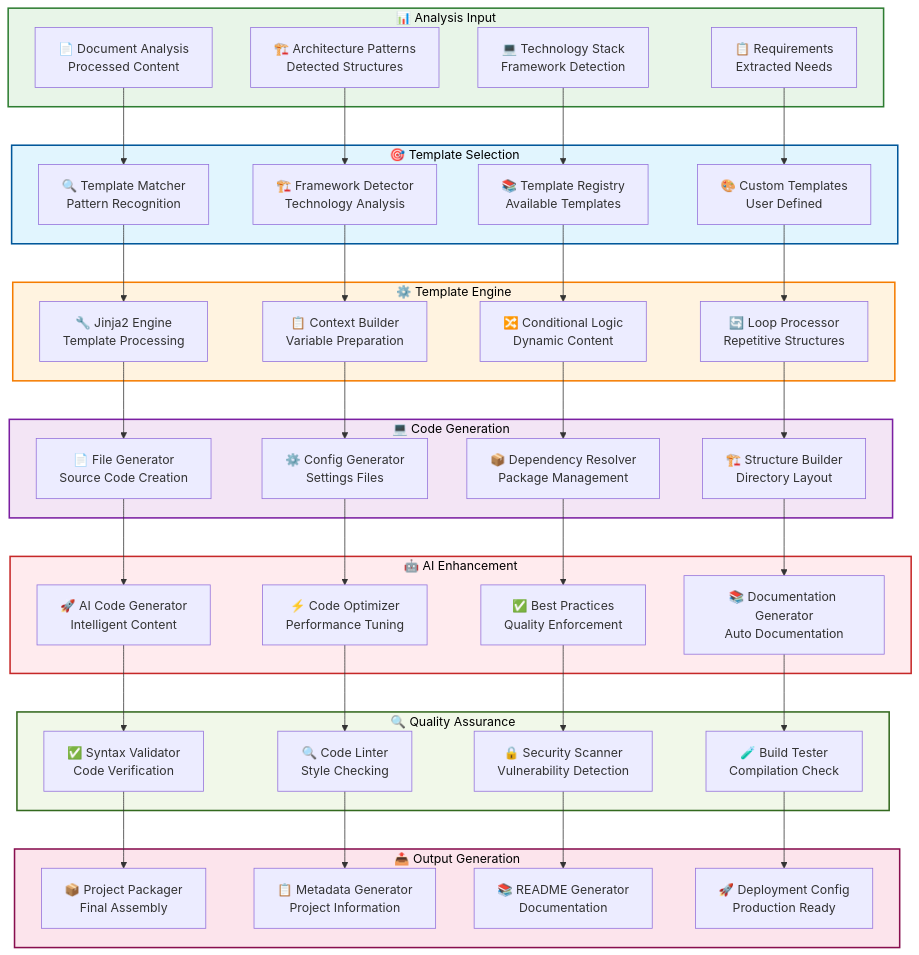
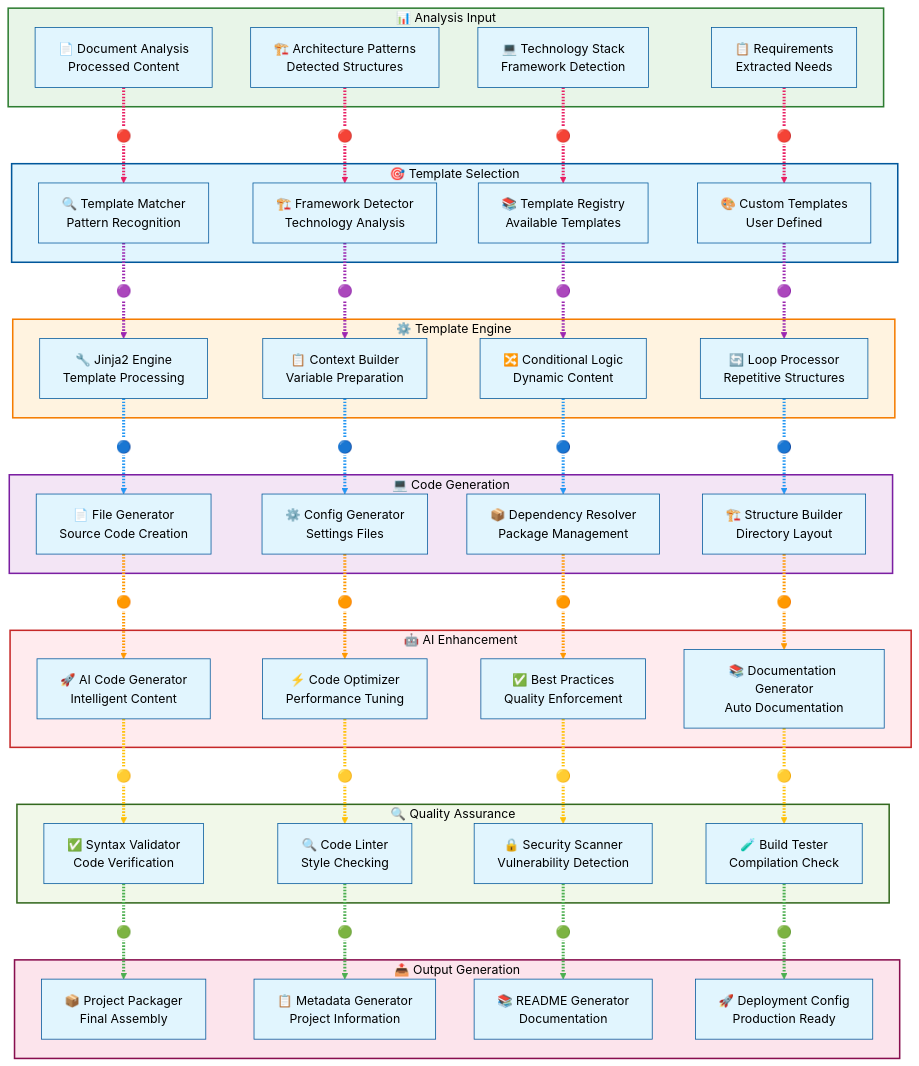
Before and after one commit to usemanusai/JAEGIS-AI-Web-OS: the fourth of 9 diagrams in docs/architecture/component-diagrams.md, drawn with Mermaid. The commit also changed other lines of this file, not shown here.

First line of the commit message:
fix: Make ALL Mermaid diagram arrows highly visible in component diagrams

````diff
--- a/docs/architecture/component-diagrams.md
+++ b/docs/architecture/component-diagrams.md
@@ -274,4 +344,5 @@
 ```mermaid
+%%{init: {'theme':'base', 'themeVariables': {'primaryColor':'#e1f5fe', 'primaryTextColor':'#000', 'primaryBorderColor':'#01579b', 'lineColor':'#ff0066', 'arrowheadColor':'#ff0066', 'edgeLabelBackground':'#ffffff', 'tertiaryColor':'#fff'}}}%%
 graph TB
     subgraph AnalysisInput["📊 Analysis Input"]
         DOC_ANALYSIS["📄 Document Analysis<br/>Processed Content"]
@@ -322,35 +393,35 @@
         DEPLOYMENT_CONFIG["🚀 Deployment Config<br/>Production Ready"]
     end
     
-    DOC_ANALYSIS --> TEMPLATE_MATCHER
-    ARCH_PATTERNS --> FRAMEWORK_DETECTOR
-    TECH_STACK --> TEMPLATE_REGISTRY
-    REQUIREMENTS --> CUSTOM_TEMPLATES
+    DOC_ANALYSIS -.->|"🔴"| TEMPLATE_MATCHER
+    ARCH_PATTERNS -.->|"🔴"| FRAMEWORK_DETECTOR
+    TECH_STACK -.->|"🔴"| TEMPLATE_REGISTRY
+    REQUIREMENTS -.->|"🔴"| CUSTOM_TEMPLATES
     
-    TEMPLATE_MATCHER --> JINJA_ENGINE
-    FRAMEWORK_DETECTOR --> CONTEXT_BUILDER
-    TEMPLATE_REGISTRY --> CONDITIONAL_LOGIC
-    CUSTOM_TEMPLATES --> LOOP_PROCESSOR
+    TEMPLATE_MATCHER -.->|"🟣"| JINJA_ENGINE
+    FRAMEWORK_DETECTOR -.->|"🟣"| CONTEXT_BUILDER
+    TEMPLATE_REGISTRY -.->|"🟣"| CONDITIONAL_LOGIC
+    CUSTOM_TEMPLATES -.->|"🟣"| LOOP_PROCESSOR
     
-    JINJA_ENGINE --> FILE_GENERATOR
-    CONTEXT_BUILDER --> CONFIG_GENERATOR
-    CONDITIONAL_LOGIC --> DEPENDENCY_RESOLVER
-    LOOP_PROCESSOR --> STRUCTURE_BUILDER
+    JINJA_ENGINE -.->|"🔵"| FILE_GENERATOR
+    CONTEXT_BUILDER -.->|"🔵"| CONFIG_GENERATOR
+    CONDITIONAL_LOGIC -.->|"🔵"| DEPENDENCY_RESOLVER
+    LOOP_PROCESSOR -.->|"🔵"| STRUCTURE_BUILDER
     
-    FILE_GENERATOR --> AI_CODE_GEN
-    CONFIG_GENERATOR --> CODE_OPTIMIZER
-    DEPENDENCY_RESOLVER --> BEST_PRACTICES
-    STRUCTURE_BUILDER --> DOCUMENTATION_GEN
+    FILE_GENERATOR -.->|"🟠"| AI_CODE_GEN
+    CONFIG_GENERATOR -.->|"🟠"| CODE_OPTIMIZER
+    DEPENDENCY_RESOLVER -.->|"🟠"| BEST_PRACTICES
+    STRUCTURE_BUILDER -.->|"🟠"| DOCUMENTATION_GEN
     
-    AI_CODE_GEN --> SYNTAX_VALIDATOR
-    CODE_OPTIMIZER --> LINTER
-    BEST_PRACTICES --> SECURITY_SCANNER
-    DOCUMENTATION_GEN --> BUILD_TESTER
+    AI_CODE_GEN -.->|"🟡"| SYNTAX_VALIDATOR
+    CODE_OPTIMIZER -.->|"🟡"| LINTER
+    BEST_PRACTICES -.->|"🟡"| SECURITY_SCANNER
+    DOCUMENTATION_GEN -.->|"🟡"| BUILD_TESTER
     
-    SYNTAX_VALIDATOR --> PROJECT_PACKAGER
-    LINTER --> METADATA_GENERATOR
-    SECURITY_SCANNER --> README_GENERATOR
-    BUILD_TESTER --> DEPLOYMENT_CONFIG
+    SYNTAX_VALIDATOR -.->|"🟢"| PROJECT_PACKAGER
+    LINTER -.->|"🟢"| METADATA_GENERATOR
+    SECURITY_SCANNER -.->|"🟢"| README_GENERATOR
+    BUILD_TESTER -.->|"🟢"| DEPLOYMENT_CONFIG
     
     classDef analysisStyle fill:#e8f5e8,stroke:#2e7d32,stroke-width:2px,color:#000
     classDef selectionStyle fill:#e1f5fe,stroke:#01579b,stroke-width:2px,color:#000
@@ -367,4 +438,29 @@
     class AIEnhancement aiStyle
     class QualityAssurance qaStyle
     class OutputGeneration outputStyle
+    
+    linkStyle 0 stroke:#e91e63,stroke-width:4px
+    linkStyle 1 stroke:#e91e63,stroke-width:4px
+    linkStyle 2 stroke:#e91e63,stroke-width:4px
+    linkStyle 3 stroke:#e91e63,stroke-width:4px
+    linkStyle 4 stroke:#9c27b0,stroke-width:4px
+    linkStyle 5 stroke:#9c27b0,stroke-width:4px
+    linkStyle 6 stroke:#9c27b0,stroke-width:4px
+    linkStyle 7 stroke:#9c27b0,stroke-width:4px
+    linkStyle 8 stroke:#2196f3,stroke-width:4px
+    linkStyle 9 stroke:#2196f3,stroke-width:4px
+    linkStyle 10 stroke:#2196f3,stroke-width:4px
+    linkStyle 11 stroke:#2196f3,stroke-width:4px
+    linkStyle 12 stroke:#ff9800,stroke-width:4px
+    linkStyle 13 stroke:#ff9800,stroke-width:4px
+    linkStyle 14 stroke:#ff9800,stroke-width:4px
+    linkStyle 15 stroke:#ff9800,stroke-width:4px
+    linkStyle 16 stroke:#ffc107,stroke-width:4px
+    linkStyle 17 stroke:#ffc107,stroke-width:4px
+    linkStyle 18 stroke:#ffc107,stroke-width:4px
+    linkStyle 19 stroke:#ffc107,stroke-width:4px
+    linkStyle 20 stroke:#4caf50,stroke-width:4px
+    linkStyle 21 stroke:#4caf50,stroke-width:4px
+    linkStyle 22 stroke:#4caf50,stroke-width:4px
+    linkStyle 23 stroke:#4caf50,stroke-width:4px
 ```
````
